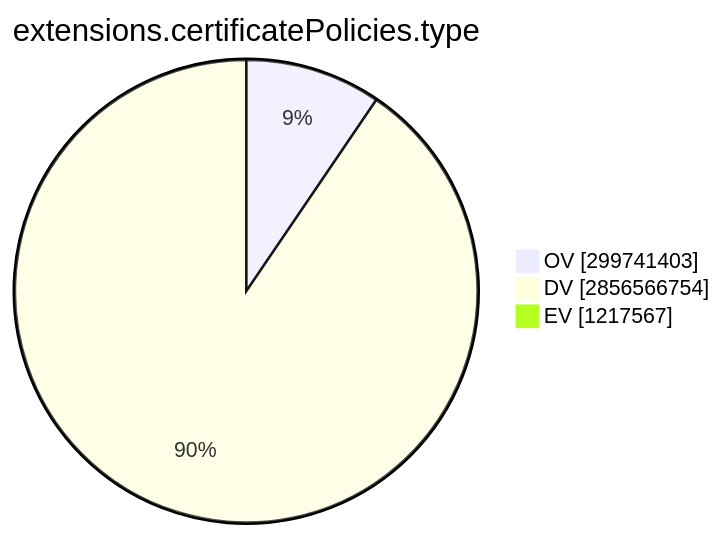
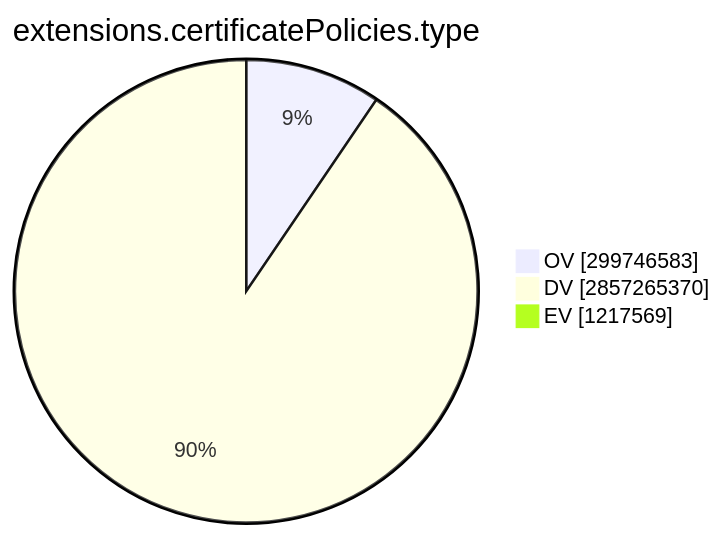
Before and after one commit to christiankrug/ctmonitor_visualization: the ninth of 15 diagrams in TOTAL/README.md, drawn with Mermaid. The commit also changed other lines of this file, not shown here.

````diff
--- a/TOTAL/README.md
+++ b/TOTAL/README.md
@@ -3101,7 +3101,7 @@
 ```mermaid
 pie showData
 title extensions.certificatePolicies.type
-"OV" :299741403
-"DV" :2856566754
-"EV" :1217567
+"OV" :299746583
+"DV" :2857265370
+"EV" :1217569
 ```
````
